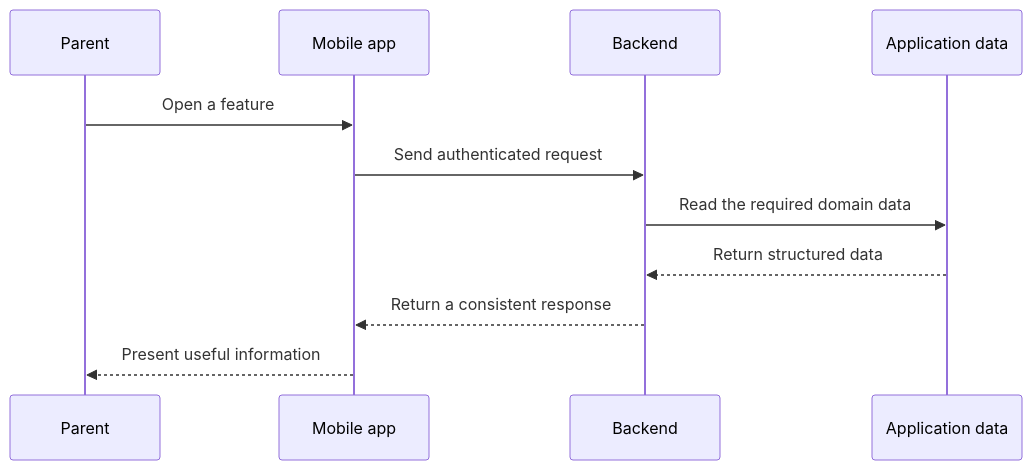
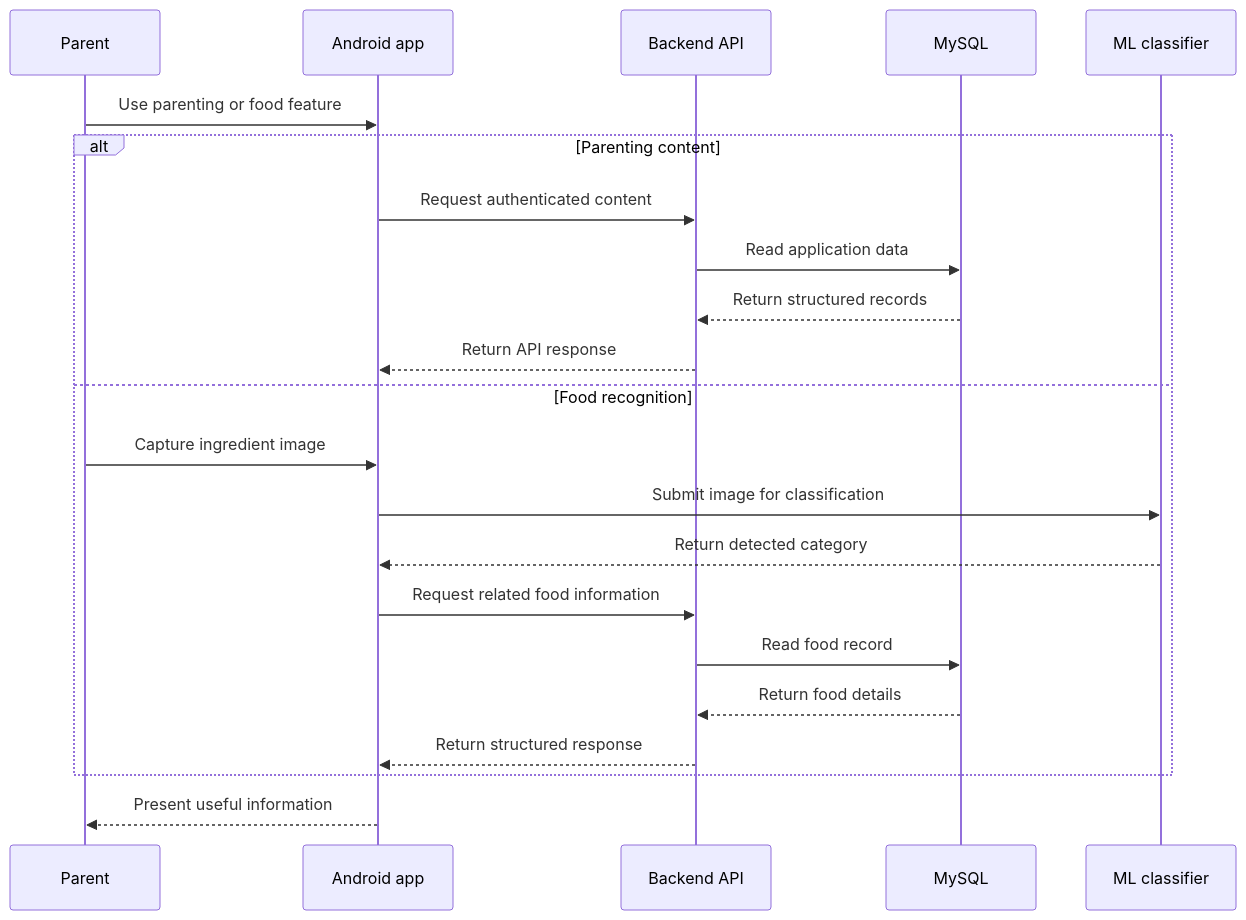
One commit to farismnrr/portofolio changed the second of 2 diagrams in frontend/content/projects/parentify.md. Above: the diagram before and after it, drawn with Mermaid. The commit also changed other lines of this file, not shown here.

Commit message:
content: expand Parentify project case study

````diff
--- a/frontend/content/projects/parentify.md
+++ b/frontend/content/projects/parentify.md
@@ -71,14 +64,27 @@
 ```mermaid
 sequenceDiagram
     participant U as Parent
-    participant M as Mobile app
-    participant API as Backend
-    participant DB as Application data
+    participant A as Android app
+    participant S as Backend API
+    participant D as MySQL
+    participant M as ML classifier
 
-    U->>M: Open a feature
-    M->>API: Send authenticated request
-    API->>DB: Read the required domain data
-    DB-->>API: Return structured data
-    API-->>M: Return a consistent response
-    M-->>U: Present useful information
+    U->>A: Use parenting or food feature
+
+    alt Parenting content
+        A->>S: Request authenticated content
+        S->>D: Read application data
+        D-->>S: Return structured records
+        S-->>A: Return API response
+    else Food recognition
+        U->>A: Capture ingredient image
+        A->>M: Submit image for classification
+        M-->>A: Return detected category
+        A->>S: Request related food information
+        S->>D: Read food record
+        D-->>S: Return food details
+        S-->>A: Return structured response
+    end
+
+    A-->>U: Present useful information
 ```
````
